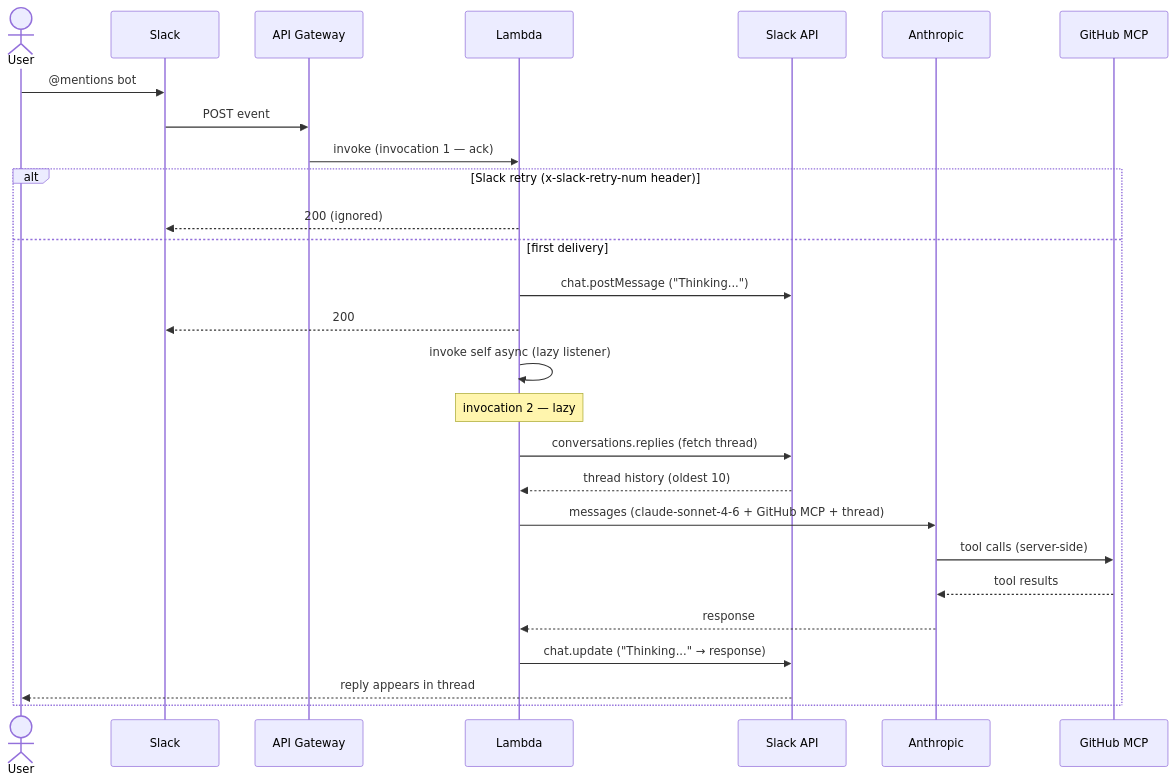
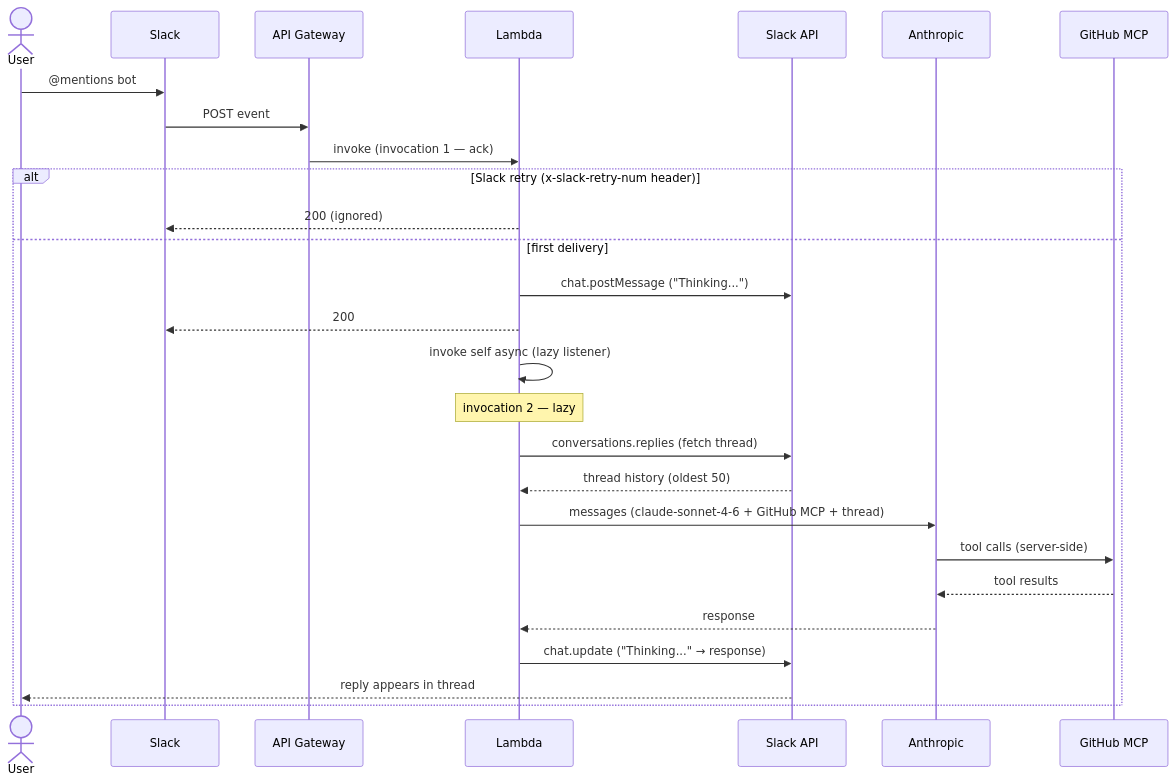
The second of 2 diagrams in README.md (alecryan88/slack_bot), drawn with Mermaid before and after one commit. The commit also changed other lines of this file and 4 other files, not shown here.

````diff
--- a/README.md
+++ b/README.md
@@ -25,32 +28,32 @@
 ```mermaid
 sequenceDiagram
     actor User
     participant Slack
     participant API Gateway
     participant Lambda
     participant Slack API
     participant Anthropic
     participant GitHub MCP
 
     User->>Slack: @mentions bot
     Slack->>API Gateway: POST event
     API Gateway->>Lambda: invoke (invocation 1 — ack)
 
     alt Slack retry (x-slack-retry-num header)
         Lambda-->>Slack: 200 (ignored)
     else first delivery
         Lambda->>Slack API: chat.postMessage ("Thinking...")
         Lambda-->>Slack: 200
         Lambda->>Lambda: invoke self async (lazy listener)
 
         Note over Lambda: invocation 2 — lazy
         Lambda->>Slack API: conversations.replies (fetch thread)
-        Slack API-->>Lambda: thread history (oldest 10)
+        Slack API-->>Lambda: thread history (oldest 50)
         Lambda->>Anthropic: messages (claude-sonnet-4-6 + GitHub MCP + thread)
         Anthropic->>GitHub MCP: tool calls (server-side)
         GitHub MCP-->>Anthropic: tool results
         Anthropic-->>Lambda: response
         Lambda->>Slack API: chat.update ("Thinking..." → response)
         Slack API-->>User: reply appears in thread
     end
 ```
````
